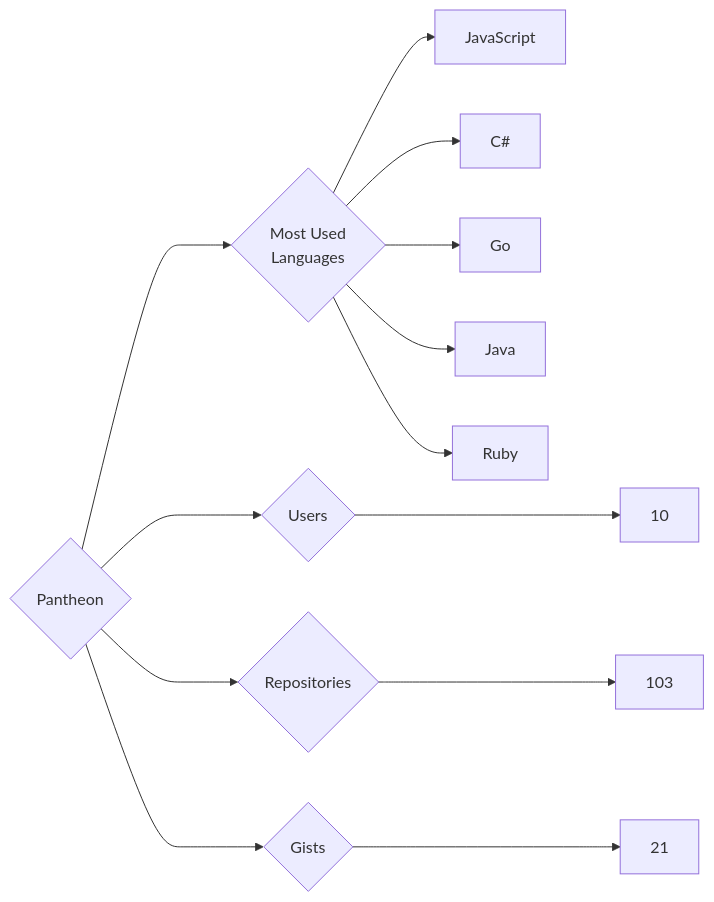
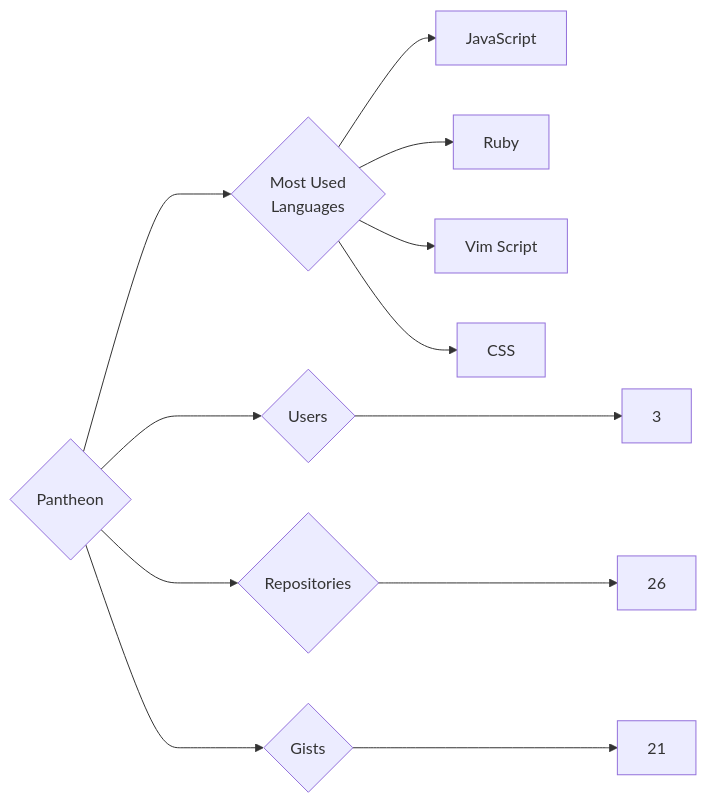
Before and after one commit to trickest/insiders: the diagram in targets/Pantheon/README.md, drawn with Mermaid. The commit also changed 1248 other files, not shown here.

````diff
--- a/targets/Pantheon/README.md
+++ b/targets/Pantheon/README.md
@@ -3,13 +3,12 @@
 ```mermaid
 graph LR
 COMPANY_NAME{Pantheon}
-COMPANY_NAME ---> U{Users} ---> UN[10]
-COMPANY_NAME ---> R{Repositories} ---> RN[103]
+COMPANY_NAME ---> U{Users} ---> UN[3]
+COMPANY_NAME ---> R{Repositories} ---> RN[26]
 COMPANY_NAME ---> G{Gists} ---> GN[21]
 COMPANY_NAME ---> ML{Most Used<br>Languages}
 ML --> JavaScript[JavaScript]
-ML --> C#[C#]
-ML --> Go[Go]
-ML --> Java[Java]
 ML --> Ruby[Ruby]
+ML --> Vim_Script[Vim Script]
+ML --> CSS[CSS]
 ```
````
